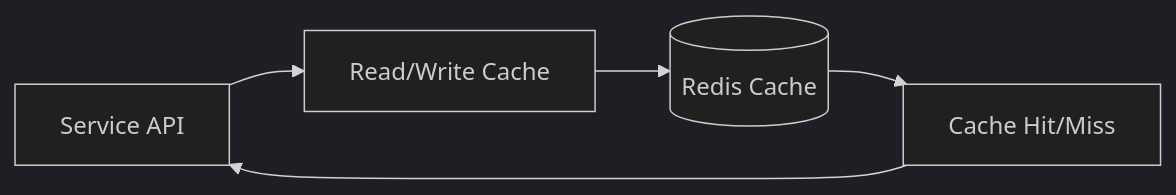
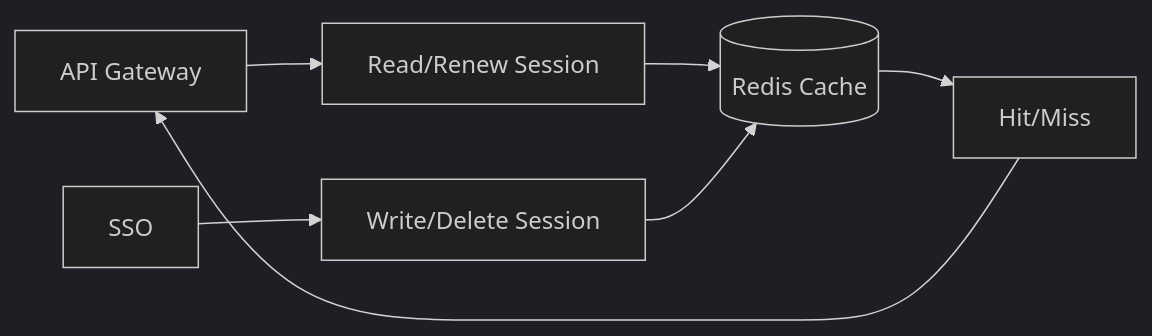
The eighth of 8 diagrams in docs/system-architecture-20260522.md (CVThien2k2/joytab), drawn with Mermaid (dark theme) before and after one commit. The commit also changed other lines of this file and 3 other files, not shown here.

Commit message:
docs: reflect api-gateway + sso edge-auth architecture

````diff
--- a/docs/system-architecture-20260522.md
+++ b/docs/system-architecture-20260522.md
@@ -94,7 +156,9 @@
 ```mermaid
 flowchart LR
-  API[Service API] --> RW[Read/Write Cache]
+  GW[API Gateway] --> RW[Read/Renew Session]
+  SSO[SSO] --> WD[Write/Delete Session]
   RW --> REDIS[(Redis Cache)]
-  REDIS --> HIT[Cache Hit/Miss]
-  HIT --> API
+  WD --> REDIS
+  REDIS --> HIT[Hit/Miss]
+  HIT --> GW
 ```
````
